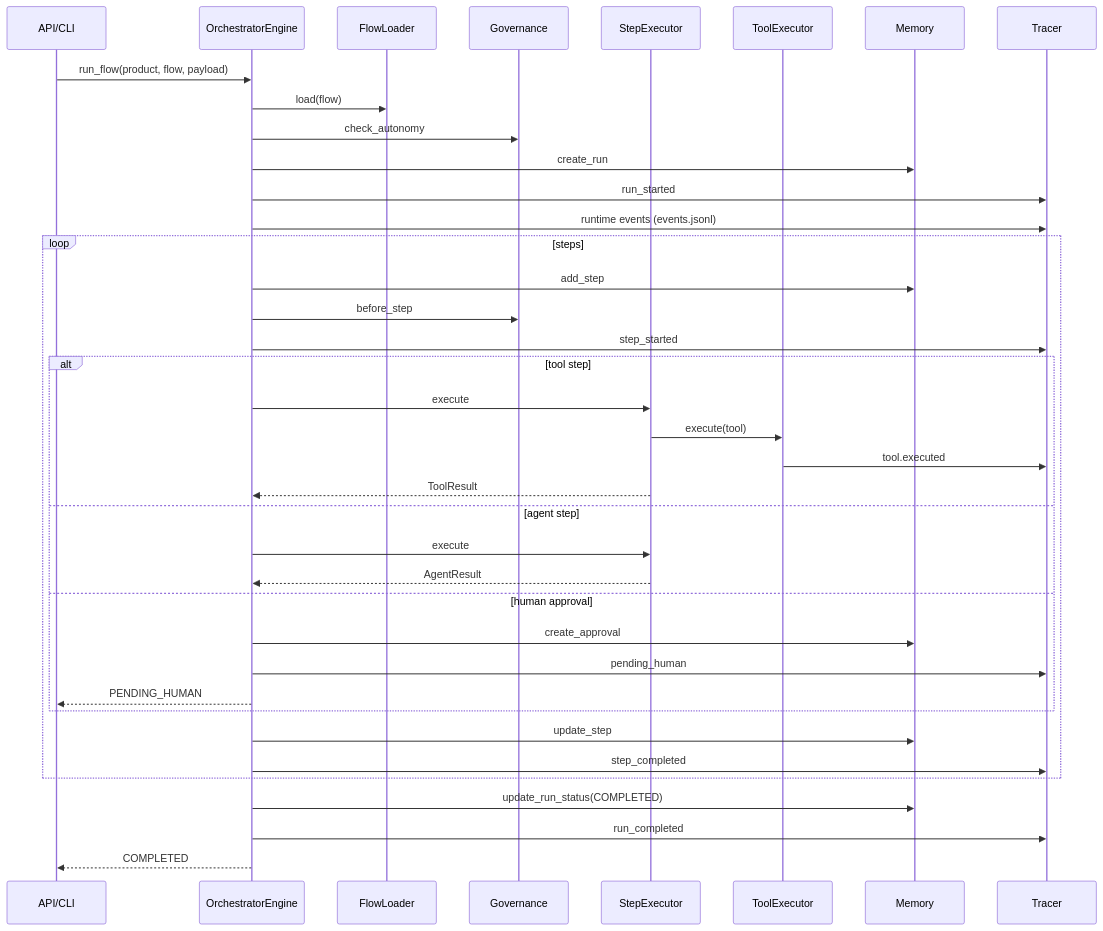
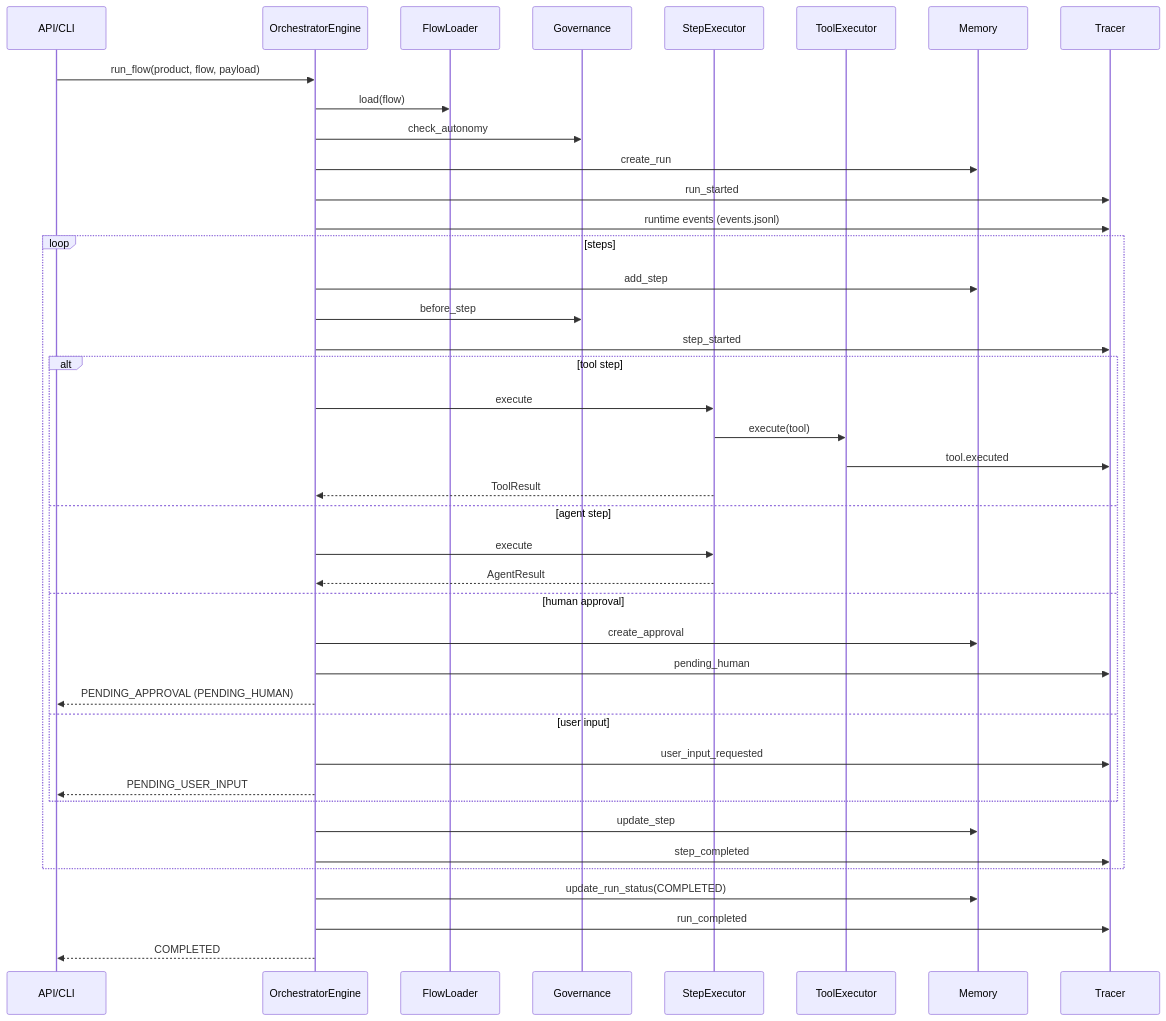
The fourth of 10 diagrams in docs/core_architecture.md (chethanp11/master), drawn with Mermaid before and after one commit. The commit also changed other lines of this file and 6 other files, not shown here.

````diff
--- a/docs/core_architecture.md
+++ b/docs/core_architecture.md
@@ -156,41 +156,44 @@
 ```mermaid
 sequenceDiagram
   participant Gateway as API/CLI
   participant Engine as OrchestratorEngine
   participant FlowLoader
   participant Governance
   participant StepExec as StepExecutor
   participant ToolExec as ToolExecutor
   participant Memory
   participant Tracer
 
   Gateway->>Engine: run_flow(product, flow, payload)
   Engine->>FlowLoader: load(flow)
   Engine->>Governance: check_autonomy
   Engine->>Memory: create_run
   Engine->>Tracer: run_started
   Engine->>Tracer: runtime events (events.jsonl)
   loop steps
     Engine->>Memory: add_step
     Engine->>Governance: before_step
     Engine->>Tracer: step_started
     alt tool step
       Engine->>StepExec: execute
       StepExec->>ToolExec: execute(tool)
       ToolExec->>Tracer: tool.executed
       StepExec-->>Engine: ToolResult
     else agent step
       Engine->>StepExec: execute
       StepExec-->>Engine: AgentResult
     else human approval
       Engine->>Memory: create_approval
       Engine->>Tracer: pending_human
-      Engine-->>Gateway: PENDING_HUMAN
+      Engine-->>Gateway: PENDING_APPROVAL (PENDING_HUMAN)
+    else user input
+      Engine->>Tracer: user_input_requested
+      Engine-->>Gateway: PENDING_USER_INPUT
     end
     Engine->>Memory: update_step
     Engine->>Tracer: step_completed
   end
   Engine->>Memory: update_run_status(COMPLETED)
   Engine->>Tracer: run_completed
   Engine-->>Gateway: COMPLETED
 ```
````
